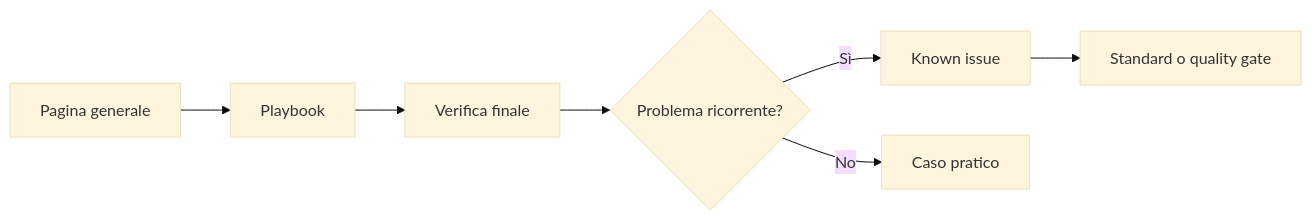
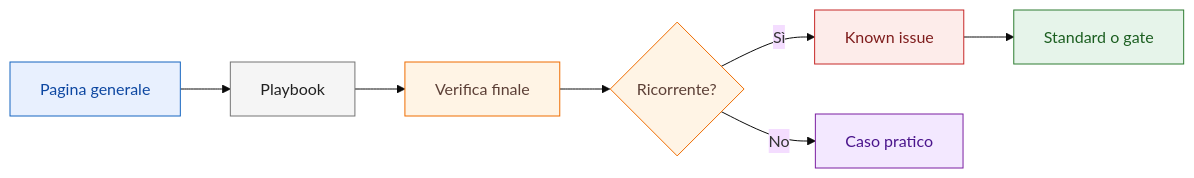
Before and after one commit to robertochello/spac-start-knowledge-base: the diagram in docs/playbooks/index.md, drawn with Mermaid (base theme). The commit also changed 27 other files, not shown here.

Commit message:
docs: standardize diagrams and visual cues

````diff
--- a/docs/playbooks/index.md
+++ b/docs/playbooks/index.md
@@ -48,9 +48,16 @@
 ```mermaid
 flowchart LR
-    A[Pagina generale] --> B[Playbook]
-    B --> C[Verifica finale]
-    C --> D{Problema ricorrente?}
-    D -->|Sì| E[Known issue]
-    D -->|No| F[Caso pratico]
-    E --> G[Standard o quality gate]
+    A[Pagina generale]:::info --> B[Playbook]:::process
+    B --> C[Verifica finale]:::warn
+    C --> D{Ricorrente?}:::warn
+    D -->|Sì| E[Known issue]:::danger
+    D -->|No| F[Caso pratico]:::todo
+    E --> G[Standard o gate]:::ok
+
+    classDef ok fill:#e6f4ea,stroke:#2e7d32,color:#1b5e20;
+    classDef warn fill:#fff4e5,stroke:#ef6c00,color:#5d4037;
+    classDef danger fill:#fdecea,stroke:#c62828,color:#7f1d1d;
+    classDef info fill:#e8f0fe,stroke:#1565c0,color:#0d47a1;
+    classDef todo fill:#f3e8ff,stroke:#7b1fa2,color:#4a148c;
+    classDef process fill:#f5f5f5,stroke:#757575,color:#212121;
 ```
````
